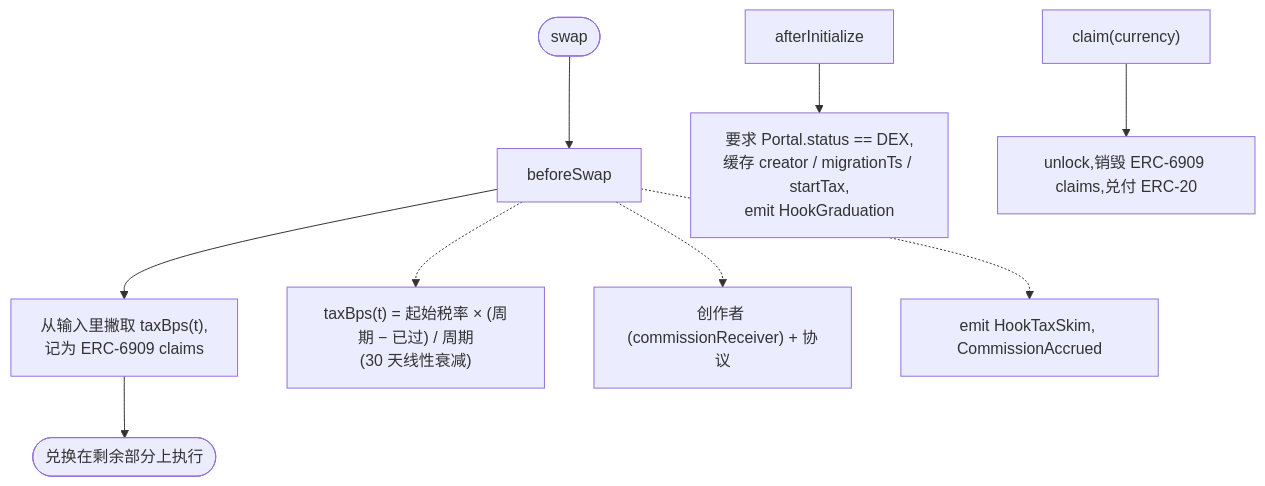
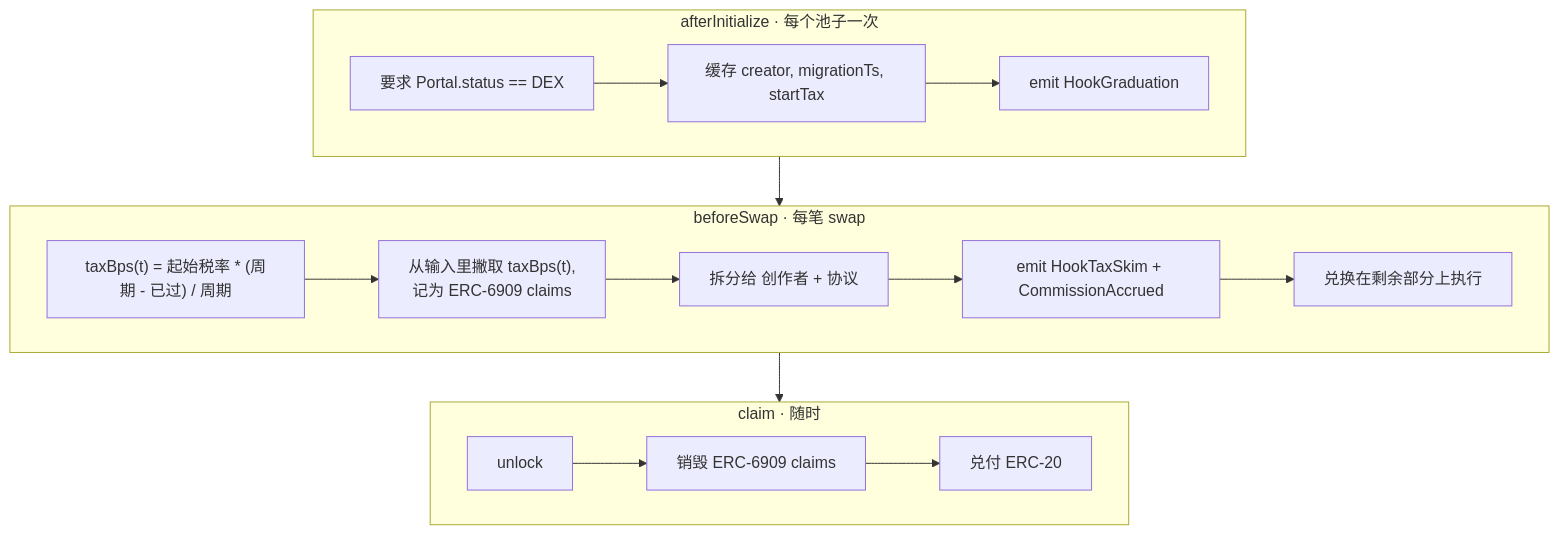
One commit to beautifulrem/flapvenue changed the diagram in README.zh.md. Above: the diagram before and after it, drawn with Mermaid. The commit also changed 1 other file, not shown here.

Commit message:
docs: restructure the hook-flow diagram into three connected phases
The Mermaid flowchart rendered as three disconnected islands (swap flow,
afterInitialize, claim) with the tax steps sprawling as dotted branches.
Group it into afterInitialize / beforeSwap / claim subgraphs wired in order,
each a left-to-right sequence. Also use ASCII operators in the decay formula.

````diff
--- a/README.zh.md
+++ b/README.zh.md
@@ -50,11 +50,16 @@
 ```mermaid
 flowchart TD
-    swap([swap]) --> bs[beforeSwap]
-    bs --> skim["从输入里撇取 taxBps(t),<br/>记为 ERC-6909 claims"]
-    skim --> cl([兑换在剩余部分上执行])
-    bs -.-> decay["taxBps(t) = 起始税率 × (周期 − 已过) / 周期<br/>(30 天线性衰减)"]
-    bs -.-> split["创作者 (commissionReceiver) + 协议"]
-    bs -.-> ev["emit HookTaxSkim, CommissionAccrued"]
-    init[afterInitialize] --> gate["要求 Portal.status == DEX,<br/>缓存 creator / migrationTs / startTax,<br/>emit HookGraduation"]
-    claim["claim(currency)"] --> redeem["unlock,销毁 ERC-6909 claims,兑付 ERC-20"]
+    subgraph init["afterInitialize · 每个池子一次"]
+        G1["要求 Portal.status == DEX"] --> G2["缓存 creator, migrationTs, startTax"] --> G3["emit HookGraduation"]
+    end
+    subgraph swap["beforeSwap · 每笔 swap"]
+        S1["taxBps(t) = 起始税率 * (周期 - 已过) / 周期"] --> S2["从输入里撇取 taxBps(t),<br/>记为 ERC-6909 claims"]
+        S2 --> S3["拆分给 创作者 + 协议"]
+        S3 --> S4["emit HookTaxSkim + CommissionAccrued"]
+        S4 --> S5["兑换在剩余部分上执行"]
+    end
+    subgraph claim["claim · 随时"]
+        C1[unlock] --> C2["销毁 ERC-6909 claims"] --> C3["兑付 ERC-20"]
+    end
+    init --> swap --> claim
 ```
````
